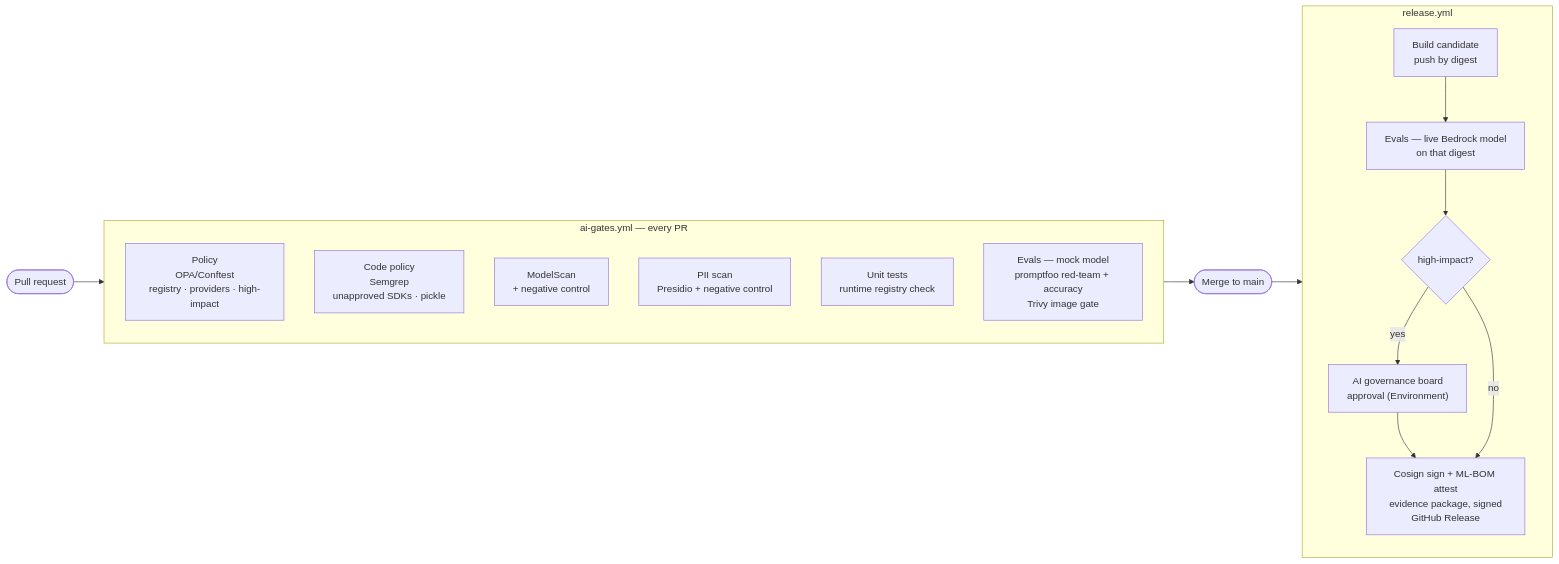
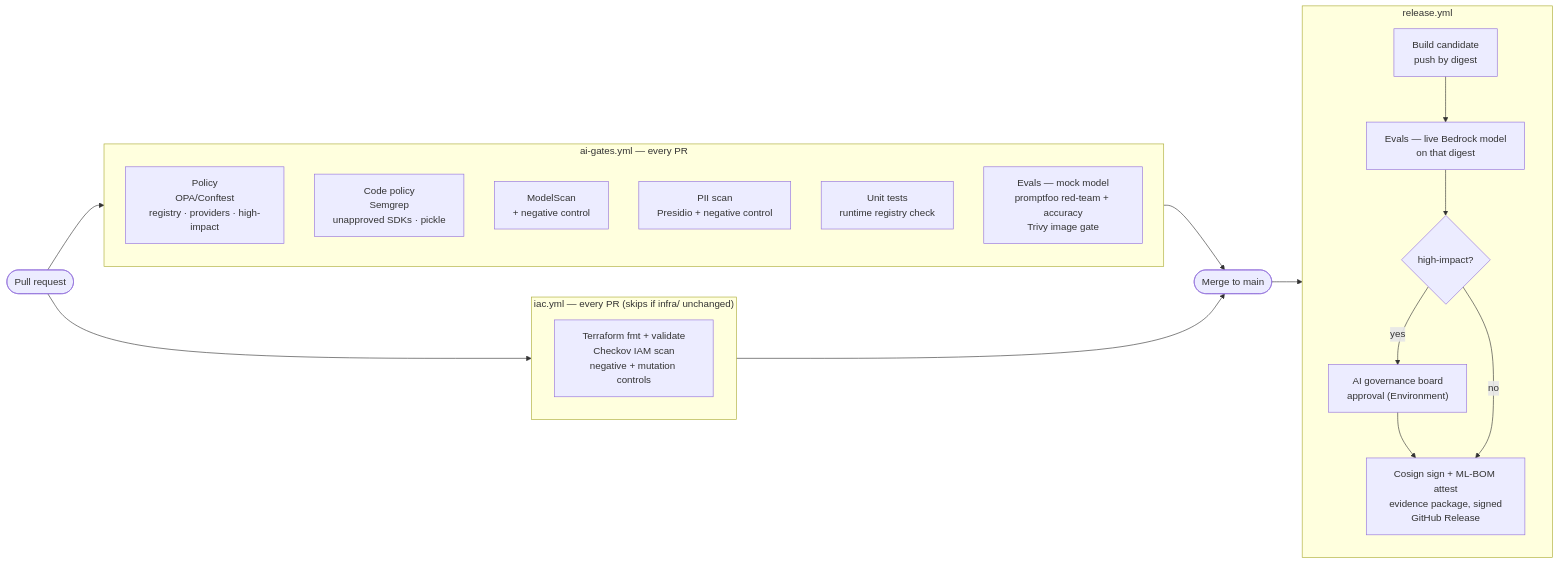
Before and after one commit to adegbolaA/ai-assurance-pipeline: the diagram in README.md, drawn with Mermaid. The commit also changed other lines of this file and 3 other files, not shown here.

First line of the commit message:
ci: move IaC gates into their own iac.yml workflow

````diff
--- a/README.md
+++ b/README.md
@@ -11,30 +11,36 @@
 ```mermaid
 flowchart LR
     PR([Pull request]) --> G
+    PR --> I
 
     subgraph G["ai-gates.yml — every PR"]
         direction TB
         P["Policy<br/>OPA/Conftest<br/>registry · providers · high-impact"]
         S["Code policy<br/>Semgrep<br/>unapproved SDKs · pickle"]
         M["ModelScan<br/>+ negative control"]
         D["PII scan<br/>Presidio + negative control"]
         U["Unit tests<br/>runtime registry check"]
         E["Evals — mock model<br/>promptfoo red-team + accuracy<br/>Trivy image gate"]
     end
 
+    subgraph I["iac.yml — every PR (skips if infra/ unchanged)"]
+        T["Terraform fmt + validate<br/>Checkov IAM scan<br/>negative + mutation controls"]
+    end
+
     G --> MERGE([Merge to main])
+    I --> MERGE
 
     subgraph R["release.yml"]
         direction TB
         C["Build candidate<br/>push by digest"]
         L["Evals — live Bedrock model<br/>on that digest"]
         A{"high-impact?"}
         H["AI governance board<br/>approval (Environment)"]
         PUB["Cosign sign + ML-BOM attest<br/>evidence package, signed<br/>GitHub Release"]
         C --> L --> A
         A -- yes --> H --> PUB
         A -- no --> PUB
     end
 
     MERGE --> C
 ```
````
